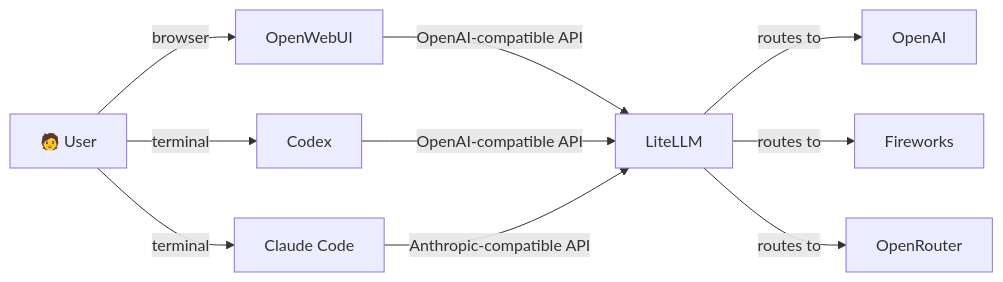
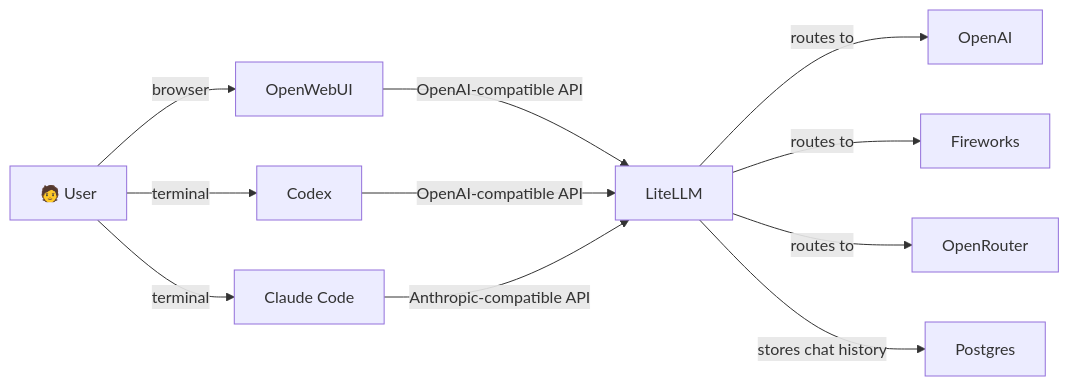
One commit to asaini/openmodelstack changed the diagram in README.md. Above: the diagram before and after it, drawn with Mermaid.

Commit message:
docs: show LiteLLM chat history persistence

````diff
--- a/README.md
+++ b/README.md
@@ -17,14 +17,16 @@
 ```mermaid
 graph LR
     User["🧑 User"] -->|browser| OpenWebUI
     User -->|terminal| Codex
     User -->|terminal| ClaudeCode["Claude Code"]
 
     OpenWebUI -->|OpenAI-compatible API| LiteLLM
     Codex -->|OpenAI-compatible API| LiteLLM
     ClaudeCode -->|Anthropic-compatible API| LiteLLM
 
     LiteLLM -->|routes to| OpenAI["OpenAI"]
     LiteLLM -->|routes to| Fireworks["Fireworks"]
     LiteLLM -->|routes to| OpenRouter["OpenRouter"]
+
+    LiteLLM -->|stores chat history| Postgres["Postgres"]
 ```
````
